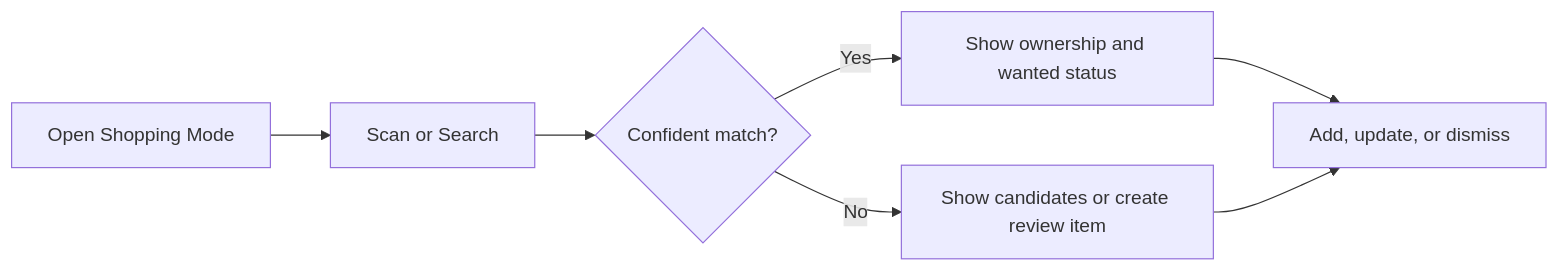
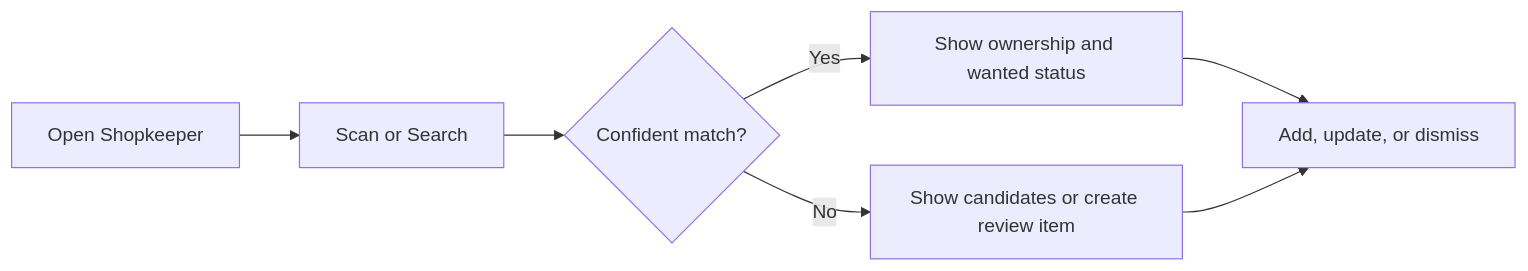
The fourth of 6 diagrams in docs/ARCHITECTURE.md (nguyenk06/book-collection-design), drawn with Mermaid before and after one commit. The commit also changed other lines of this file and 13 other files, not shown here.

````diff
--- a/docs/ARCHITECTURE.md
+++ b/docs/ARCHITECTURE.md
@@ -55,9 +55,9 @@
 ```mermaid
 flowchart LR
-    Start[Open Shopping Mode] --> Capture[Scan or Search]
+    Start[Open Shopkeeper] --> Capture[Scan or Search]
     Capture --> Match{Confident match?}
     Match -->|Yes| Status[Show ownership and wanted status]
     Match -->|No| Candidates[Show candidates or create review item]
     Status --> Action[Add, update, or dismiss]
     Candidates --> Action
 ```
````
